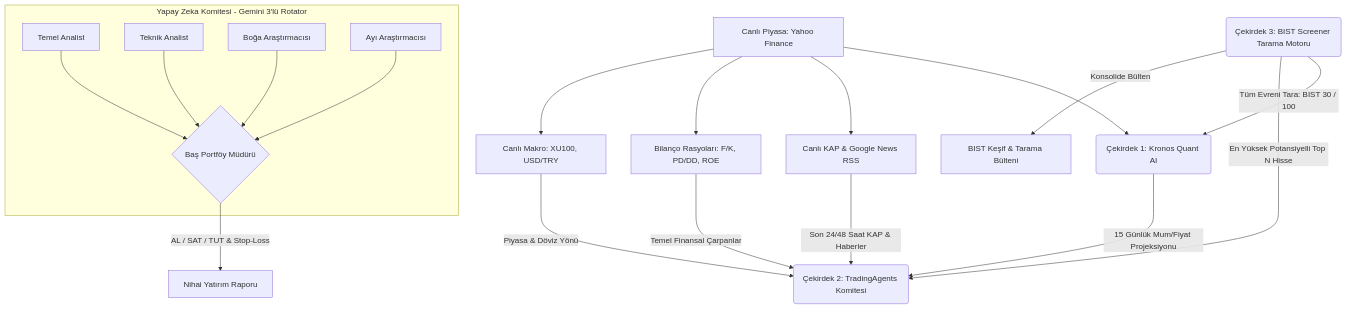
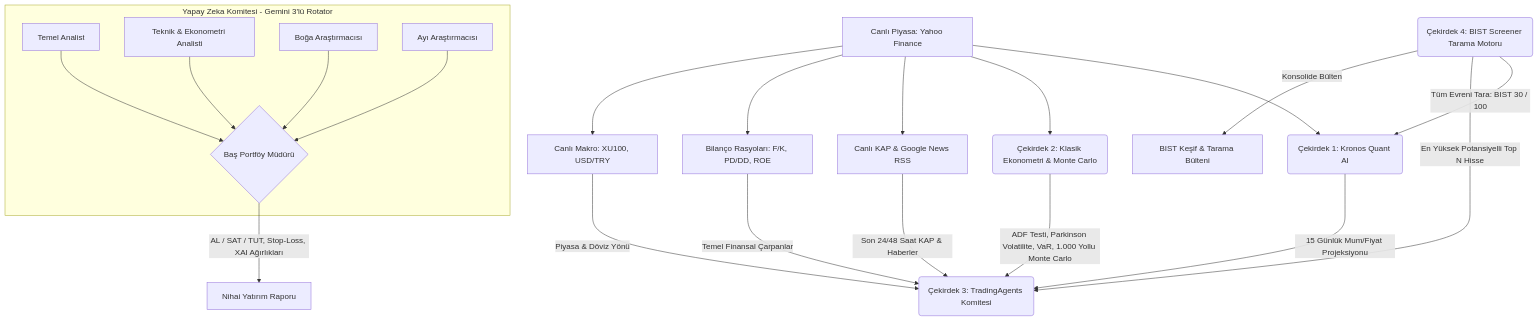
Before and after one commit to ferall57/BIST100-Hybrid-AI-Quant: the diagram in README.md, drawn with Mermaid. The commit also changed other lines of this file and 4 other files, not shown here.

Commit message:
feat: Add classical econometrics engine (ADF test, seasonality, Parkinson volatility, 1000-path Monte Carlo GBM, and XAI attribution)

````diff
--- a/README.md
+++ b/README.md
@@ -21,29 +22,31 @@
 ```mermaid
 graph TD
     A[Canlı Piyasa: Yahoo Finance] --> B(Çekirdek 1: Kronos Quant AI)
+    A --> E_CON(Çekirdek 2: Klasik Ekonometri & Monte Carlo)
     A --> C[Canlı KAP & Google News RSS]
     A --> F[Bilanço Rasyoları: F/K, PD/DD, ROE]
     A --> G[Canlı Makro: XU100, USD/TRY]
     
-    B -->|15 Günlük Mum/Fiyat Projeksiyonu| D(Çekirdek 2: TradingAgents Komitesi)
+    B -->|15 Günlük Mum/Fiyat Projeksiyonu| D(Çekirdek 3: TradingAgents Komitesi)
+    E_CON -->|ADF Testi, Parkinson Volatilite, VaR, 1.000 Yollu Monte Carlo| D
     C -->|Son 24/48 Saat KAP & Haberler| D
     F -->|Temel Finansal Çarpanlar| D
     G -->|Piyasa & Döviz Yönü| D
     
     subgraph Committee [Yapay Zeka Komitesi - Gemini 3'lü Rotator]
     D1[Temel Analist]
-    D2[Teknik Analist]
+    D2[Teknik & Ekonometri Analisti]
     D3[Boğa Araştırmacısı]
     D4[Ayı Araştırmacısı]
     D1 --> D5{Baş Portföy Müdürü}
     D2 --> D5
     D3 --> D5
     D4 --> D5
     end
     
-    D5 -->|AL / SAT / TUT & Stop-Loss| E[Nihai Yatırım Raporu]
+    D5 -->|AL / SAT / TUT, Stop-Loss, XAI Ağırlıkları| E[Nihai Yatırım Raporu]
     
-    H(Çekirdek 3: BIST Screener Tarama Motoru) -->|Tüm Evreni Tara: BIST 30 / 100| B
+    H(Çekirdek 4: BIST Screener Tarama Motoru) -->|Tüm Evreni Tara: BIST 30 / 100| B
     H -->|En Yüksek Potansiyelli Top N Hisse| D
     H -->|Konsolide Bülten| I[BIST Keşif & Tarama Bülteni]
 ```
````
